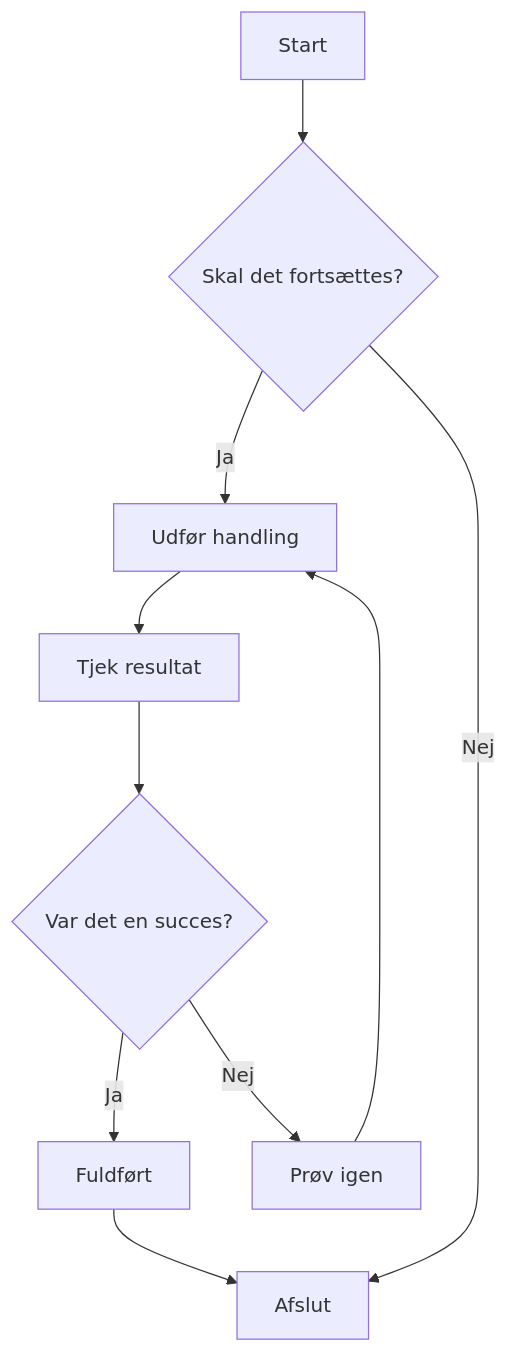
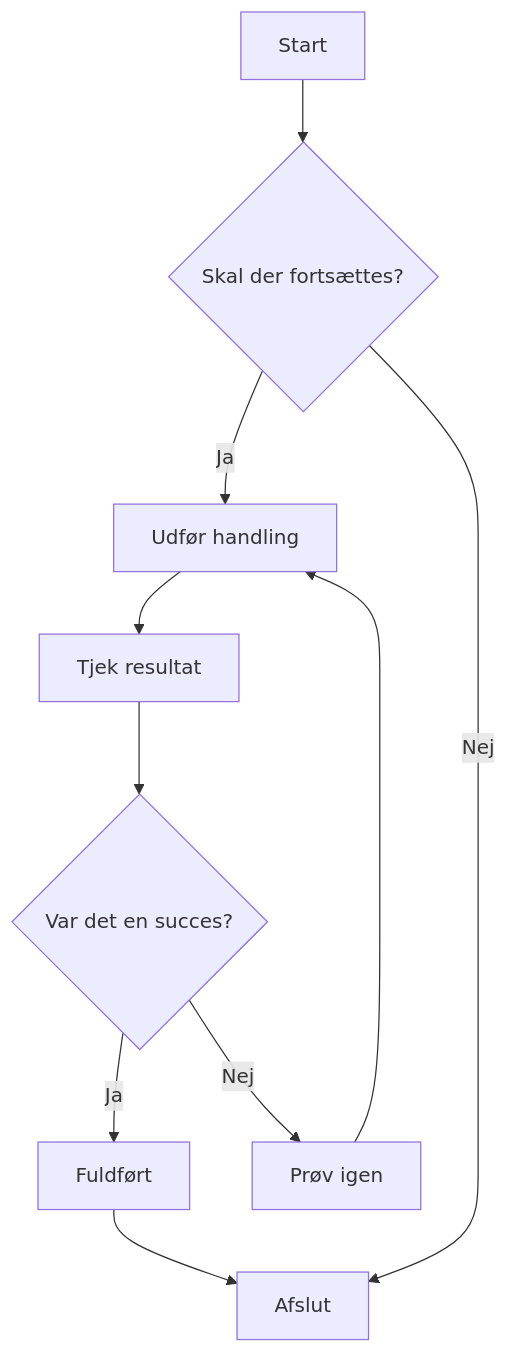
Before and after one commit to zccz14/CZON: the first of 7 diagrams in .czon/src/da-DK/8938d6aac9c056c06137a041b8e82379bfb619bb6d435b9ecec515337dd0cd69.md, drawn with Mermaid. The commit also changed other lines of this file and 148 other files, not shown here.

````diff
--- a/.czon/src/da-DK/8938d6aac9c056c06137a041b8e82379bfb619bb6d435b9ecec515337dd0cd69.md
+++ b/.czon/src/da-DK/8938d6aac9c056c06137a041b8e82379bfb619bb6d435b9ecec515337dd0cd69.md
@@ -23,12 +22,12 @@
 ```mermaid
 graph TD
-    A[Start] --> B{Skal det fortsættes?}
+    A[Start] --> B{Skal der fortsættes?}
     B -->|Ja| C[Udfør handling]
     B -->|Nej| D[Afslut]
     C --> E[Tjek resultat]
     E --> F{Var det en succes?}
     F -->|Ja| G[Fuldført]
     F -->|Nej| H[Prøv igen]
     H --> C
     G --> D
 ```
````
